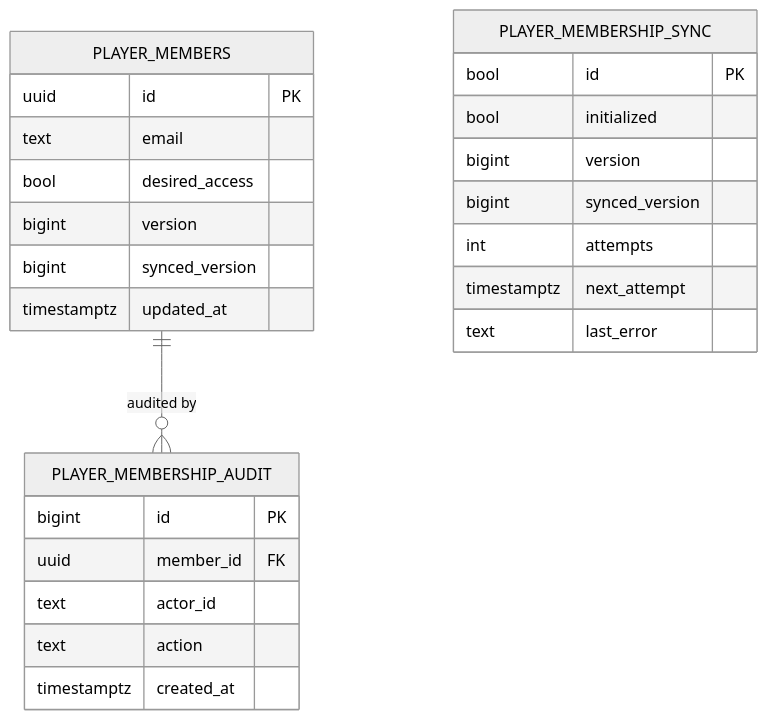
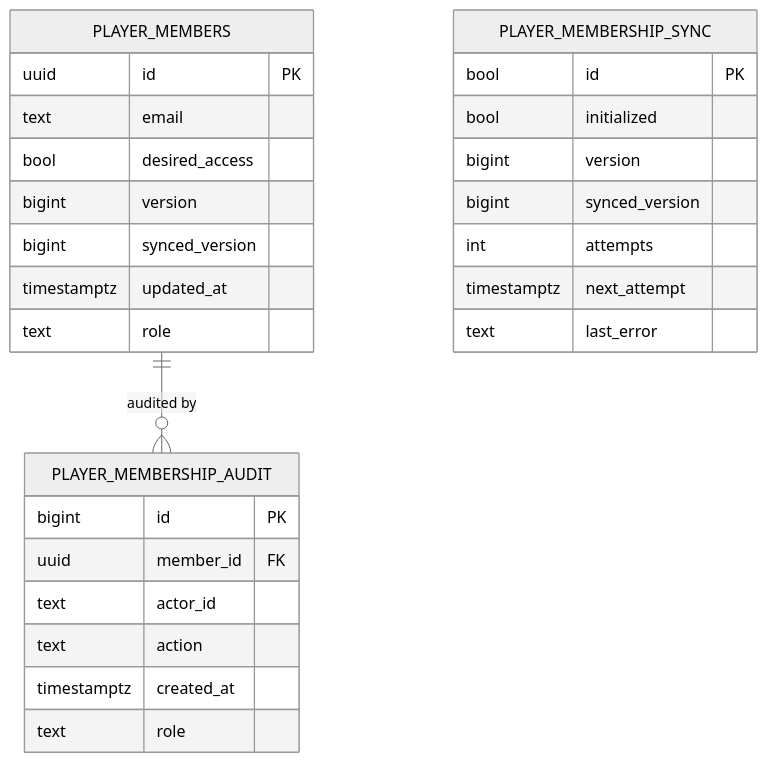
The fourth of 4 diagrams in docs/architecture/database.md (twhAuto/autonomous_battlefield), drawn with Mermaid (neutral theme) before and after one commit. The commit also changed other lines of this file and 23 other files, not shown here.

````diff
--- a/docs/architecture/database.md
+++ b/docs/architecture/database.md
@@ -295,28 +295,30 @@
 ```mermaid
 erDiagram
     PLAYER_MEMBERS ||--o{ PLAYER_MEMBERSHIP_AUDIT : "audited by"
     PLAYER_MEMBERS {
         uuid id PK
         text email
         bool desired_access
         bigint version
         bigint synced_version
         timestamptz updated_at
+        text role
     }
     PLAYER_MEMBERSHIP_AUDIT {
         bigint id PK
         uuid member_id FK
         text actor_id
         text action
         timestamptz created_at
+        text role
     }
     PLAYER_MEMBERSHIP_SYNC {
         bool id PK
         bool initialized
         bigint version
         bigint synced_version
         int attempts
         timestamptz next_attempt
         text last_error
     }
 ```
````
